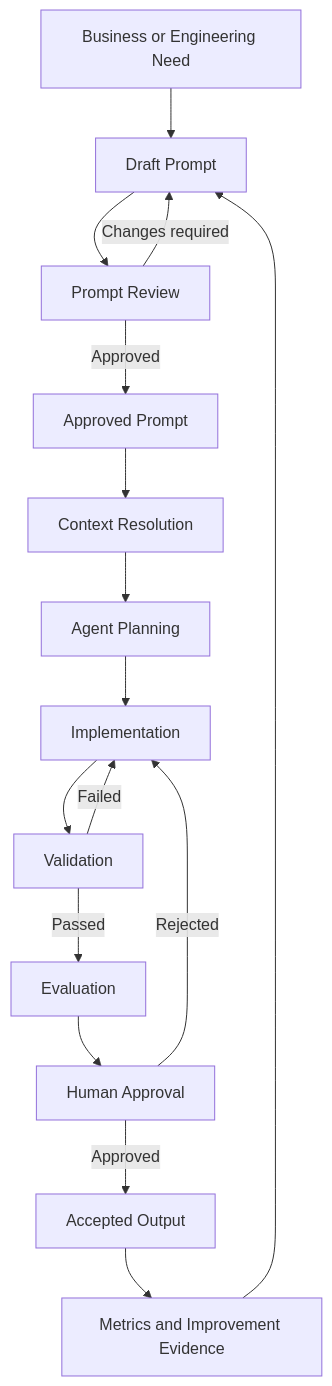
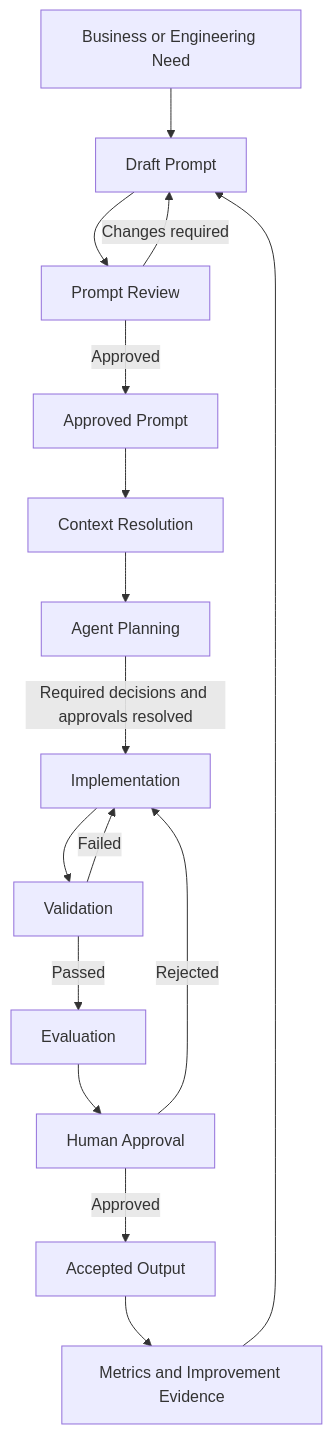
The tenth of 13 diagrams in book/08-prompts.md (sheikh-zeeshan/Enterprise-AI-Engineering-Handbook), drawn with Mermaid before and after one commit. The commit also changed other lines of this file and 49 other files, not shown here.

````diff
--- a/book/08-prompts.md
+++ b/book/08-prompts.md
@@ -2412,31 +2382,31 @@
 ```mermaid
 flowchart TD
-    N[Business or Engineering Need]
-    D[Draft Prompt]
-    R[Prompt Review]
-    A[Approved Prompt]
-    C[Context Resolution]
-    P[Agent Planning]
-    I[Implementation]
-    V[Validation]
-    E[Evaluation]
-    H[Human Approval]
-    O[Accepted Output]
-    M[Metrics and Improvement Evidence]
+    N["Business or Engineering Need"]
+    D["Draft Prompt"]
+    R["Prompt Review"]
+    A["Approved Prompt"]
+    C["Context Resolution"]
+    P["Agent Planning"]
+    I["Implementation"]
+    V["Validation"]
+    E["Evaluation"]
+    H["Human Approval"]
+    O["Accepted Output"]
+    M["Metrics and Improvement Evidence"]
 
     N --> D
     D --> R
     R -->|Changes required| D
     R -->|Approved| A
     A --> C
     C --> P
-    P --> I
+    P -->|Required decisions and approvals resolved| I
     I --> V
     V -->|Failed| I
     V -->|Passed| E
     E --> H
     H -->|Rejected| I
     H -->|Approved| O
     O --> M
     M --> D
 ```
````
